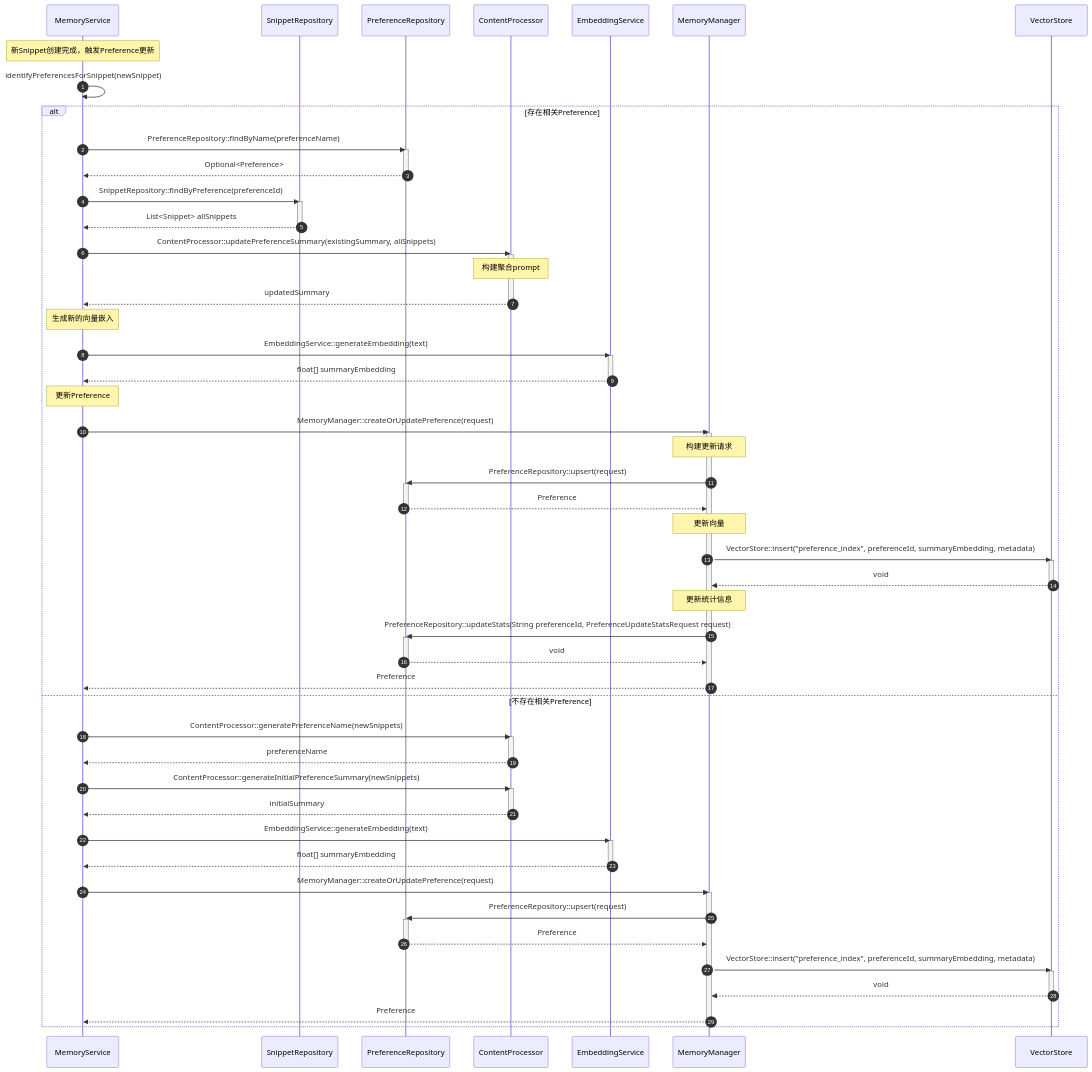
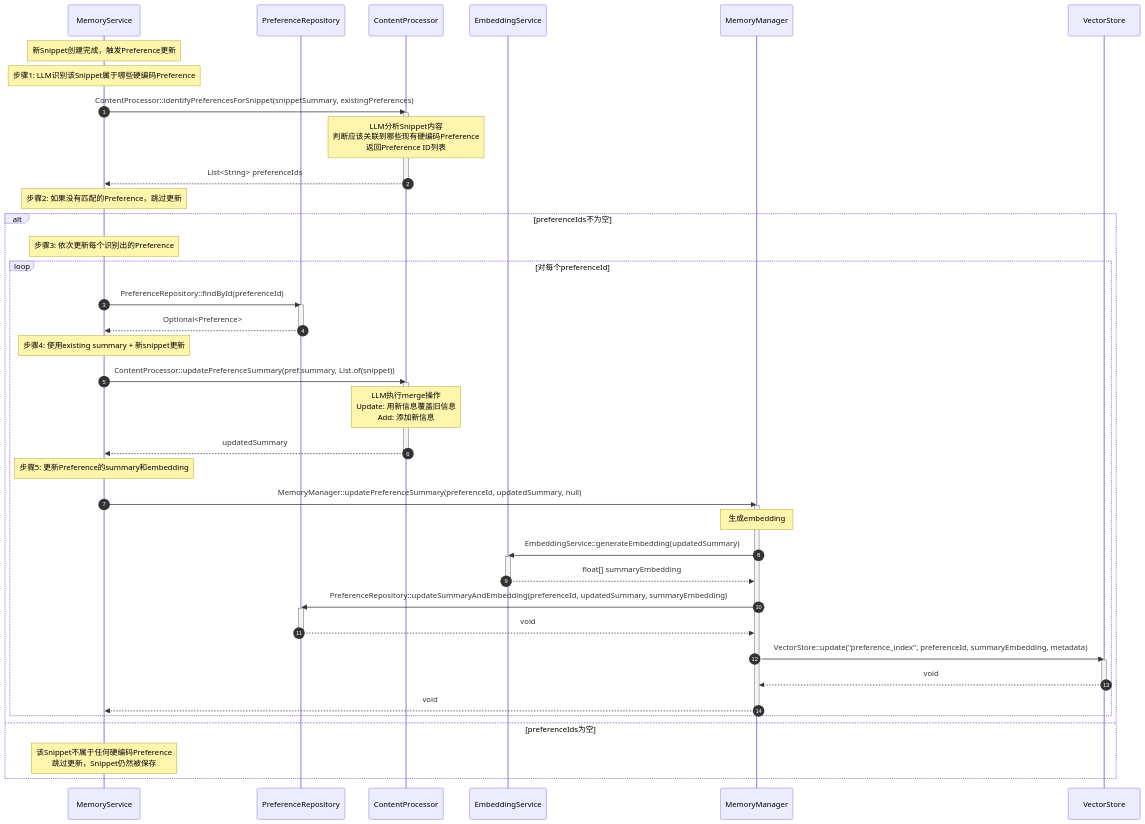
The diagram in docs_memory/时序图3.0/05-PreferenceSummary更新.md (jiebei-668/YesBoss), drawn with Mermaid before and after one commit. The commit also changed other lines of this file and 7 other files, not shown here.

````diff
--- a/docs_memory/时序图3.0/05-PreferenceSummary更新.md
+++ b/docs_memory/时序图3.0/05-PreferenceSummary更新.md
@@ -13,7 +18,6 @@
     autonumber
 
     participant MemoryService as MemoryService
-    participant SnippetRepository as SnippetRepository
     participant PreferenceRepository as PreferenceRepository
     participant ContentProcessor as ContentProcessor
     participant EmbeddingService as EmbeddingService
@@ -22,95 +26,63 @@
 
     Note over MemoryService: 新Snippet创建完成，触发Preference更新
 
-    MemoryService->>MemoryService: identifyPreferencesForSnippet(newSnippet)
+    Note over MemoryService: 步骤1: LLM识别该Snippet属于哪些硬编码Preference
 
-    alt 存在相关Preference
-        MemoryService->>PreferenceRepository: PreferenceRepository::findByName(preferenceName)
-        activate PreferenceRepository
-        PreferenceRepository-->>MemoryService: Optional<Preference>
-        deactivate PreferenceRepository
+    MemoryService->>ContentProcessor: ContentProcessor::identifyPreferencesForSnippet(snippetSummary, existingPreferences)
+    activate ContentProcessor
 
-        MemoryService->>SnippetRepository: SnippetRepository::findByPreference(preferenceId)
-        activate SnippetRepository
-        SnippetRepository-->>MemoryService: List<Snippet> allSnippets
-        deactivate SnippetRepository
+    Note over ContentProcessor: LLM分析Snippet内容<br/>判断应该关联到哪些现有硬编码Preference<br/>返回Preference ID列表
 
-        MemoryService->>ContentProcessor: ContentProcessor::updatePreferenceSummary(existingSummary, allSnippets)
-        activate ContentProcessor
+    ContentProcessor-->>MemoryService: List<String> preferenceIds
+    deactivate ContentProcessor
 
-        Note over ContentProcessor: 构建聚合prompt
+    Note over MemoryService: 步骤2: 如果没有匹配的Preference，跳过更新
 
-        ContentProcessor-->>MemoryService: updatedSummary
-        deactivate ContentProcessor
+    alt preferenceIds不为空
+        Note over MemoryService: 步骤3: 依次更新每个识别出的Preference
 
-        Note over MemoryService: 生成新的向量嵌入
+        loop 对每个preferenceId
+            MemoryService->>PreferenceRepository: PreferenceRepository::findById(preferenceId)
+            activate PreferenceRepository
+            PreferenceRepository-->>MemoryService: Optional<Preference>
+            deactivate PreferenceRepository
 
-        MemoryService->>EmbeddingService: EmbeddingService::generateEmbedding(text)
-        activate EmbeddingService
-        EmbeddingService-->>MemoryService: float[] summaryEmbedding
-        deactivate EmbeddingService
+            Note over MemoryService: 步骤4: 使用existing summary + 新snippet更新
 
-        Note over MemoryService: 更新Preference
+            MemoryService->>ContentProcessor: ContentProcessor::updatePreferenceSummary(pref.summary, List.of(snippet))
+            activate ContentProcessor
 
-        MemoryService->>MemoryManager: MemoryManager::createOrUpdatePreference(request)
-        activate MemoryManager
+            Note over ContentProcessor: LLM执行merge操作<br/>Update: 用新信息覆盖旧信息<br/>Add: 添加新信息
 
-        Note over MemoryManager: 构建更新请求
+            ContentProcessor-->>MemoryService: updatedSummary
+            deactivate ContentProcessor
 
-        MemoryManager->>PreferenceRepository: PreferenceRepository::upsert(request)
-        activate PreferenceRepository
-        PreferenceRepository-->>MemoryManager: Preference
-        deactivate PreferenceRepository
+            Note over MemoryService: 步骤5: 更新Preference的summary和embedding
 
-        Note over MemoryManager: 更新向量
+            MemoryService->>MemoryManager: MemoryManager::updatePreferenceSummary(preferenceId, updatedSummary, null)
+            activate MemoryManager
 
-        MemoryManager->>VectorStore: VectorStore::insert("preference_index", preferenceId, summaryEmbedding, metadata)
-        activate VectorStore
-        VectorStore-->>MemoryManager: void
-        deactivate VectorStore
+            Note over MemoryManager: 生成embedding
 
-        Note over MemoryManager: 更新统计信息
+            MemoryManager->>EmbeddingService: EmbeddingService::generateEmbedding(updatedSummary)
+            activate EmbeddingService
+            EmbeddingService-->>MemoryManager: float[] summaryEmbedding
+            deactivate EmbeddingService
 
-        MemoryManager->>PreferenceRepository: PreferenceRepository::updateStats(String preferenceId, PreferenceUpdateStatsRequest request)
-        activate PreferenceRepository
-        PreferenceRepository-->>MemoryManager: void
-        deactivate PreferenceRepository
+            MemoryManager->>PreferenceRepository: PreferenceRepository::updateSummaryAndEmbedding(preferenceId, updatedSummary, summaryEmbedding)
+            activate PreferenceRepository
+            PreferenceRepository-->>MemoryManager: void
+            deactivate PreferenceRepository
 
-        MemoryManager-->>MemoryService: Preference
-        deactivate MemoryManager
+            MemoryManager->>VectorStore: VectorStore::update("preference_index", preferenceId, summaryEmbedding, metadata)
+            activate VectorStore
+            VectorStore-->>MemoryManager: void
+            deactivate VectorStore
 
-    else 不存在相关Preference
-        MemoryService->>ContentProcessor: ContentProcessor::generatePreferenceName(newSnippets)
-        activate ContentProcessor
-
-        ContentProcessor-->>MemoryService: preferenceName
-        deactivate ContentProcessor
-
-        MemoryService->>ContentProcessor: ContentProcessor::generateInitialPreferenceSummary(newSnippets)
-        activate ContentProcessor
-
-        ContentProcessor-->>MemoryService: initialSummary
-        deactivate ContentProcessor
-
-        MemoryService->>EmbeddingService: EmbeddingService::generateEmbedding(text)
-        activate EmbeddingService
-        EmbeddingService-->>MemoryService: float[] summaryEmbedding
-        deactivate EmbeddingService
-
-        MemoryService->>MemoryManager: MemoryManager::createOrUpdatePreference(request)
-        activate MemoryManager
-
-        MemoryManager->>PreferenceRepository: PreferenceRepository::upsert(request)
-        activate PreferenceRepository
-        PreferenceRepository-->>MemoryManager: Preference
-        deactivate PreferenceRepository
-
-        MemoryManager->>VectorStore: VectorStore::insert("preference_index", preferenceId, summaryEmbedding, metadata)
-        activate VectorStore
-        VectorStore-->>MemoryManager: void
-        deactivate VectorStore
-
-        MemoryManager-->>MemoryService: Preference
-        deactivate MemoryManager
+            MemoryManager-->>MemoryService: void
+            deactivate MemoryManager
+        end
+    else preferenceIds为空
+        Note over MemoryService: 该Snippet不属于任何硬编码Preference<br/>跳过更新，Snippet仍然被保存
     end
 ```
````
